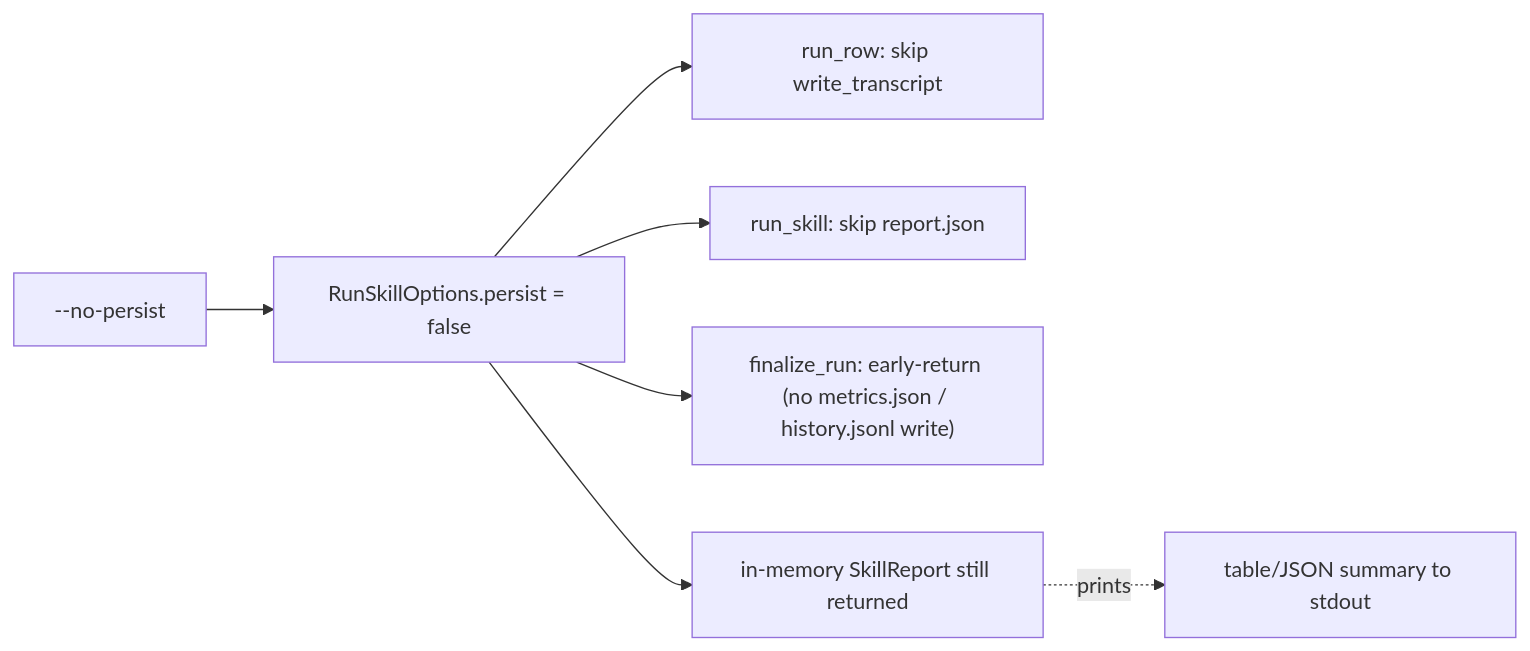
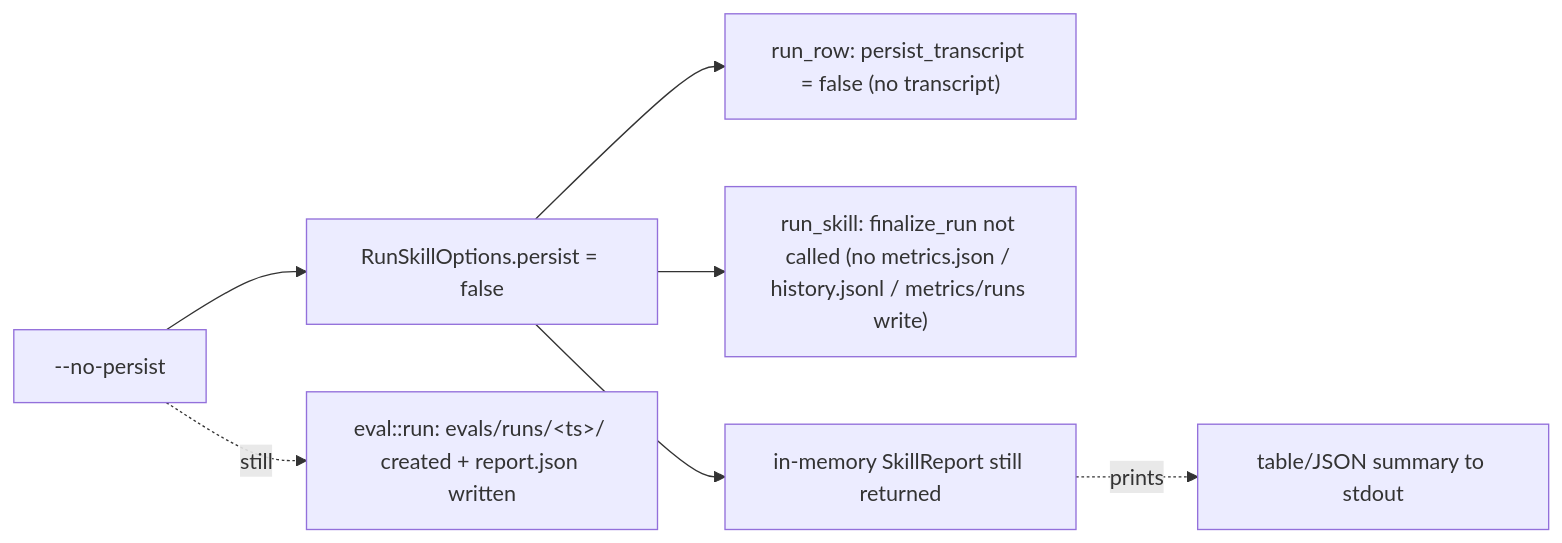
Before and after one commit to DemidovVladimir/tengu-cluster: the tenth of 10 diagrams in docs/orchestrator-pipeline.md, drawn with Mermaid. The commit also changed other lines of this file and 68 other files, not shown here.

First line of the commit message:
Docs sweep A: docs and tutorial pages match the code (README, architecture, context, research, memory/skills, 22 tutorial pages) (#42)

````diff
--- a/docs/orchestrator-pipeline.md
+++ b/docs/orchestrator-pipeline.md
@@ -568,11 +573,11 @@
 ```mermaid
 flowchart LR
     Args["--no-persist"] --> Skip["RunSkillOptions.persist = false"]
-    Skip --> Skip1["run_row: skip write_transcript"]
-    Skip --> Skip2["run_skill: skip report.json"]
-    Skip --> Skip3["finalize_run: early-return (no metrics.json / history.jsonl write)"]
+    Skip --> Skip1["run_row: persist_transcript = false (no transcript)"]
+    Skip --> Skip3["run_skill: finalize_run not called (no metrics.json / history.jsonl / metrics/runs write)"]
+    Args -.still.-> Kept["eval::run: evals/runs/&lt;ts&gt;/ created + report.json written"]
 
     Summary["in-memory SkillReport still returned"] -.prints.-> Terminal["table/JSON summary to stdout"]
 
     Skip --> Summary
 ```
````
